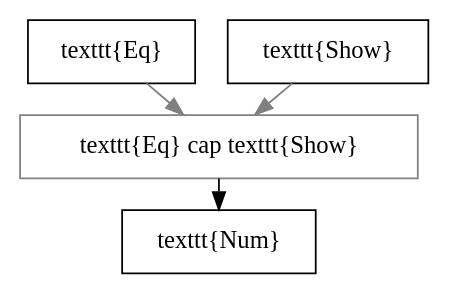
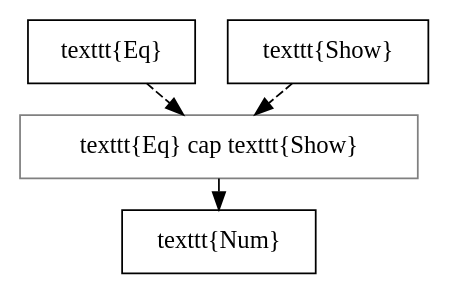
One commit to xkollar/thesis-mgr-2011 changed the diagram in text/diagram/num_intersection.dot. Above: the diagram before and after it, drawn with Graphviz. The commit also changed 7 other files, not shown here.

Commit message:
Diagrams more unified.

```diff
--- a/text/diagram/num_intersection.dot
+++ b/text/diagram/num_intersection.dot
@@ -1,10 +1,10 @@
 digraph kinds {
 	graph [ranksep=0.25];
 	node [shape=box];
 
 	"\texttt{Eq} \cap \texttt{Show}" [color=gray];
 
-	"\texttt{Eq}" -> "\texttt{Eq} \cap \texttt{Show}" [color=gray];
-	"\texttt{Show}" -> "\texttt{Eq} \cap \texttt{Show}" [color=gray];
+	"\texttt{Eq}" -> "\texttt{Eq} \cap \texttt{Show}" [style=dashed];
+	"\texttt{Show}" -> "\texttt{Eq} \cap \texttt{Show}" [style=dashed];
 	"\texttt{Eq} \cap \texttt{Show}" -> "\texttt{Num}";
 }
```
